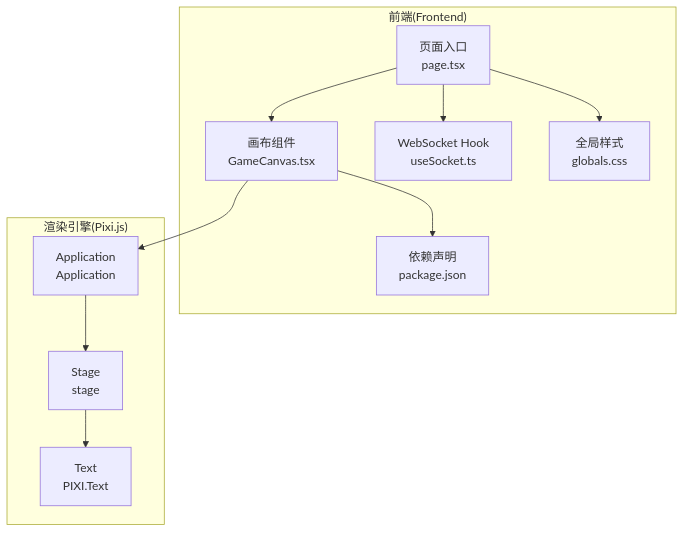
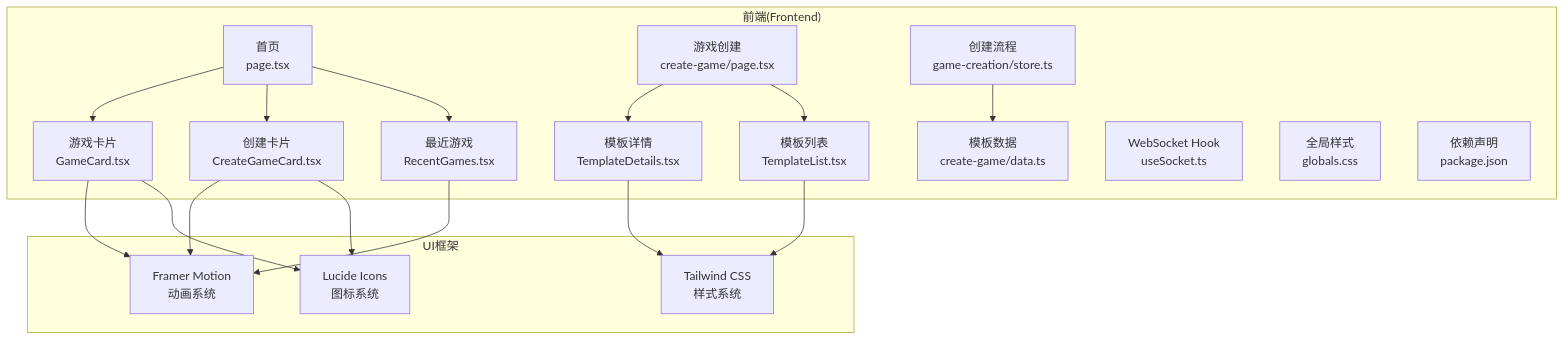
The first of 4 diagrams in .qoder/repowiki/zh/content/前端开发指南/游戏画布渲染系统.md (KunLabAI/KunFlix), drawn with Mermaid before and after one commit. The commit also changed other lines of this file and 25 other files, not shown here.

````diff
--- a/.qoder/repowiki/zh/content/前端开发指南/游戏画布渲染系统.md
+++ b/.qoder/repowiki/zh/content/前端开发指南/游戏画布渲染系统.md
@@ -33,22 +52,35 @@
 ```mermaid
 graph TB
 subgraph "前端(Frontend)"
-A["页面入口<br/>page.tsx"]
-B["画布组件<br/>GameCanvas.tsx"]
-C["WebSocket Hook<br/>useSocket.ts"]
-D["全局样式<br/>globals.css"]
-E["依赖声明<br/>package.json"]
+A["首页<br/>page.tsx"]
+B["游戏卡片<br/>GameCard.tsx"]
+C["创建卡片<br/>CreateGameCard.tsx"]
+D["最近游戏<br/>RecentGames.tsx"]
+E["游戏创建<br/>create-game/page.tsx"]
+F["模板详情<br/>TemplateDetails.tsx"]
+G["模板列表<br/>TemplateList.tsx"]
+H["创建流程<br/>game-creation/store.ts"]
+I["模板数据<br/>create-game/data.ts"]
+J["WebSocket Hook<br/>useSocket.ts"]
+K["全局样式<br/>globals.css"]
+L["依赖声明<br/>package.json"]
 end
-subgraph "渲染引擎(Pixi.js)"
-P["Application<br/>Application"]
-S["Stage<br/>stage"]
-T["Text<br/>PIXI.Text"]
+subgraph "UI框架"
+M["Framer Motion<br/>动画系统"]
+N["Tailwind CSS<br/>样式系统"]
+O["Lucide Icons<br/>图标系统"]
 end
 A --> B
 A --> C
-B --> P
-P --> S
-S --> T
 A --> D
-B --> E
+E --> F
+E --> G
+H --> I
+B --> M
+C --> M
+D --> M
+F --> N
+G --> N
+C --> O
+B --> O
 ```
````
